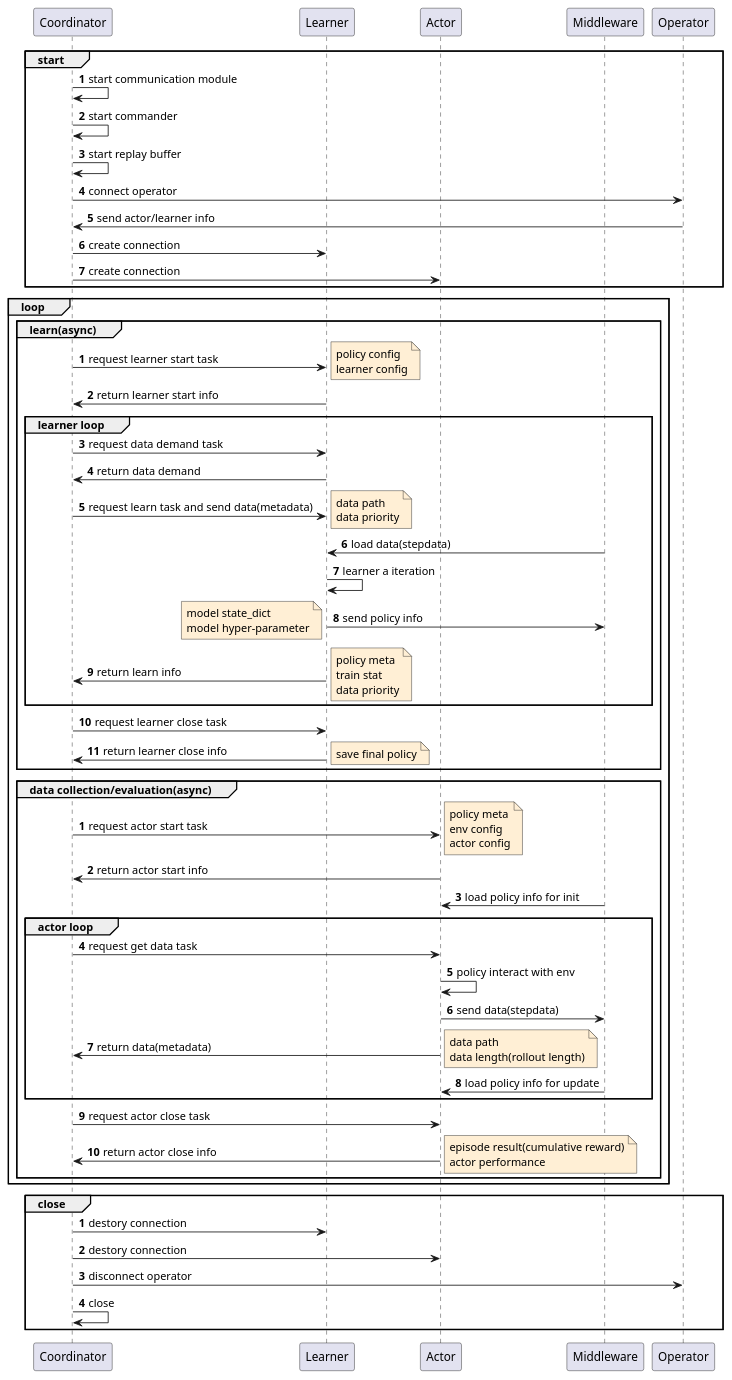
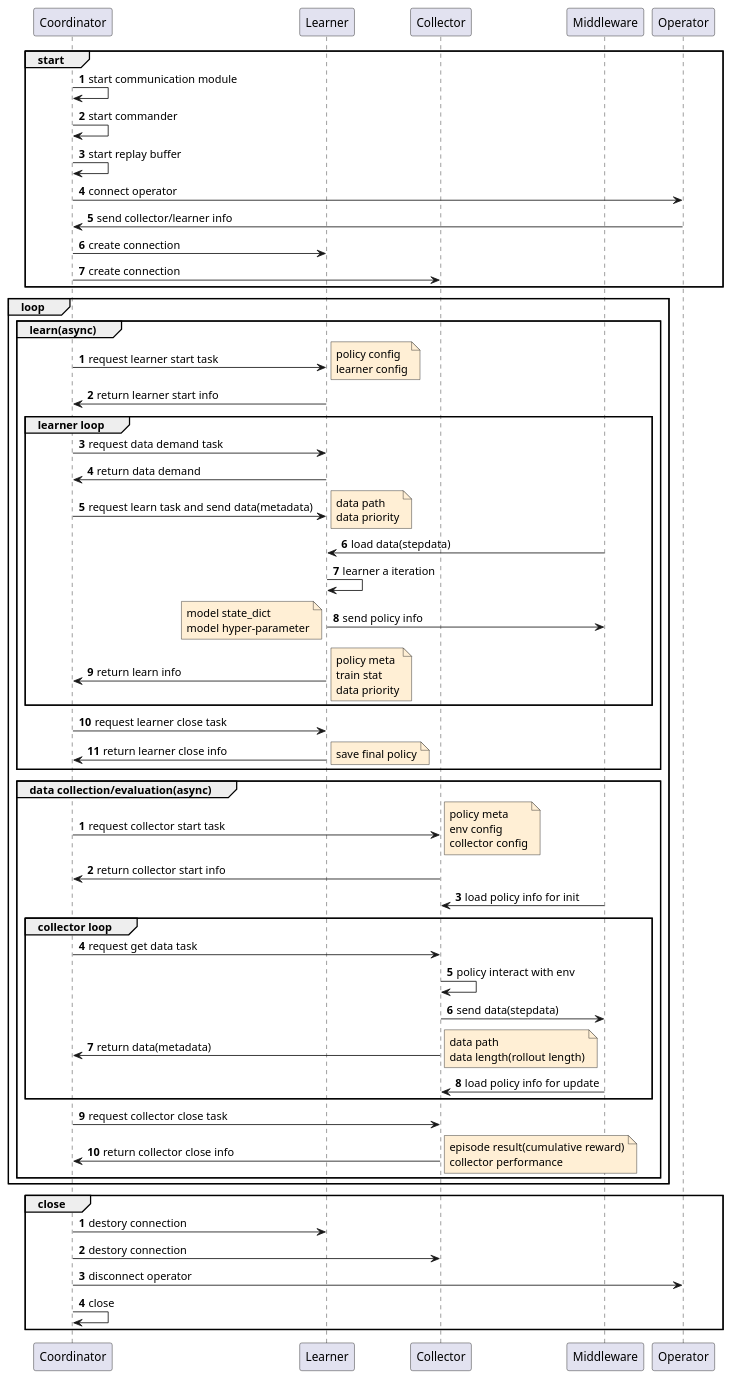
One commit to opendilab/DI-engine changed the diagram in nervex/design/flow_sequence.puml. Above: the diagram before and after it, drawn with PlantUML. The commit also changed 175 other files, not shown here.

```diff
--- a/nervex/design/flow_sequence.puml
+++ b/nervex/design/flow_sequence.puml
@@ -1,97 +1,97 @@
 @startuml
 skinparam NoteBackgroundColor PapayaWhip
 
 autonumber
 
 participant Coordinator
 participant Learner
-participant Actor
+participant Collector
 participant Middleware
 participant Operator
 
 group start
 Coordinator->Coordinator: start communication module
 Coordinator->Coordinator: start commander
 Coordinator->Coordinator: start replay buffer
 Coordinator->Operator: connect operator
-Operator->Coordinator: send actor/learner info
+Operator->Coordinator: send collector/learner info
 Coordinator->Learner: create connection
-Coordinator->Actor: create connection
+Coordinator->Collector: create connection
 end
 
 loop
 autonumber
 group learn(async)
 Coordinator->Learner: request learner start task
 note right
 policy config
 learner config
 end note
 Learner->Coordinator: return learner start info
 group learner loop
 Coordinator->Learner: request data demand task
 Learner->Coordinator: return data demand
 Coordinator->Learner: request learn task and send data(metadata)
 note right
 data path
 data priority
 end note
 Middleware->Learner: load data(stepdata)
 Learner->Learner: learner a iteration
 Learner->Middleware: send policy info
 note left
 model state_dict
 model hyper-parameter
 end note
 Learner->Coordinator: return learn info
 note right
 policy meta
 train stat
 data priority
 end note
 end
 Coordinator->Learner: request learner close task
 Learner->Coordinator: return learner close info
 note right
 save final policy
 end note
 end
 
 autonumber
 group data collection/evaluation(async)
-Coordinator->Actor: request actor start task
+Coordinator->Collector: request collector start task
 note right
 policy meta
 env config
-actor config
+collector config
 end note
-Actor->Coordinator: return actor start info
-Middleware->Actor: load policy info for init
-group actor loop
-Coordinator->Actor: request get data task
-Actor->Actor: policy interact with env
-Actor->Middleware: send data(stepdata)
-Actor->Coordinator: return data(metadata)
+Collector->Coordinator: return collector start info
+Middleware->Collector: load policy info for init
+group collector loop
+Coordinator->Collector: request get data task
+Collector->Collector: policy interact with env
+Collector->Middleware: send data(stepdata)
+Collector->Coordinator: return data(metadata)
 note right
 data path
 data length(rollout length)
 end note
-Middleware->Actor: load policy info for update
+Middleware->Collector: load policy info for update
 end group
-Coordinator->Actor: request actor close task
-Actor->Coordinator: return actor close info
+Coordinator->Collector: request collector close task
+Collector->Coordinator: return collector close info
 note right
 episode result(cumulative reward)
-actor performance
+collector performance
 end note
 end group
 end
 
 autonumber
 group close
 Coordinator->Learner: destory connection
-Coordinator->Actor: destory connection
+Coordinator->Collector: destory connection
 Coordinator->Operator: disconnect operator
 Coordinator->Coordinator: close
 end group
 @enduml
```
